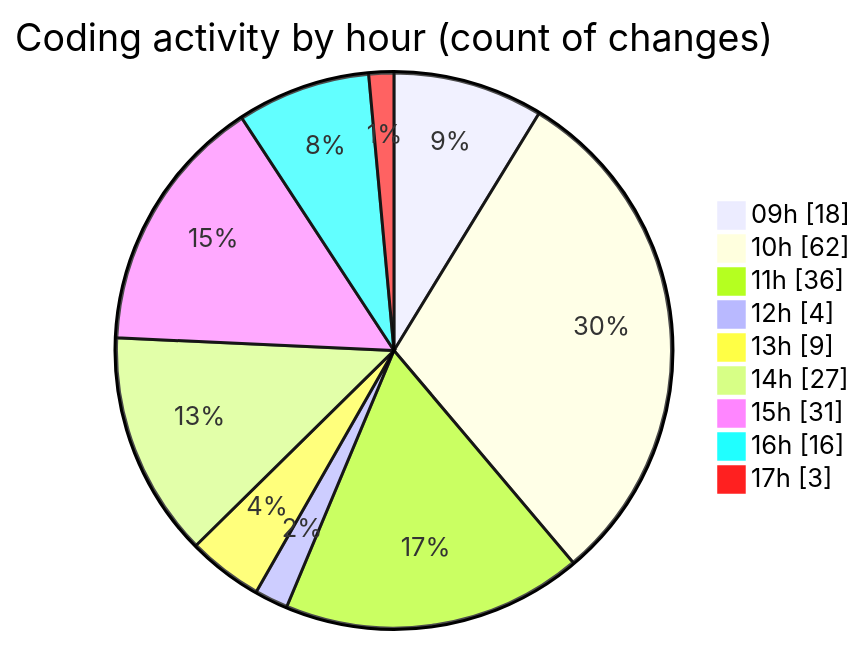
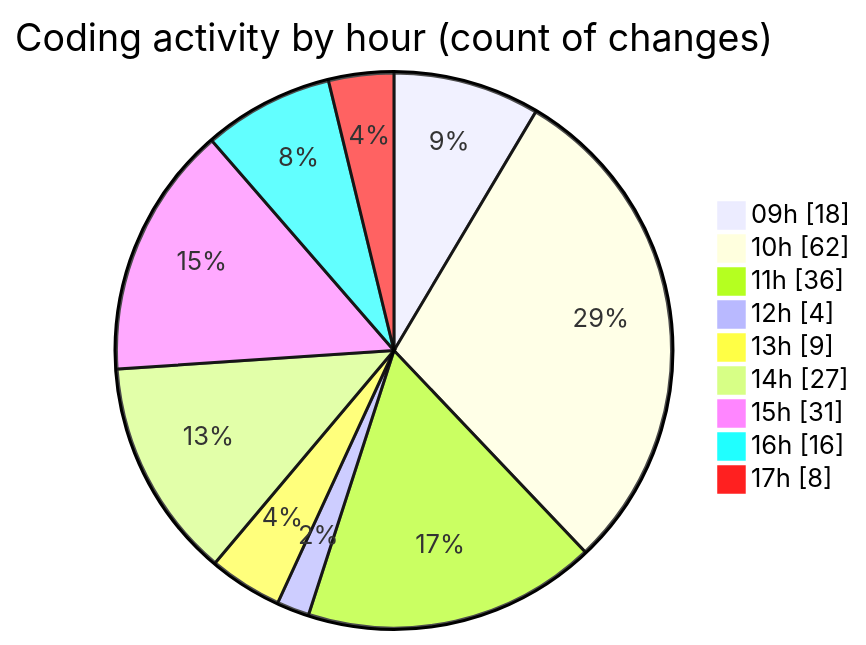
The second of 2 diagrams in 2025-07-01/cda/README.md (momahboobian/code-tracking), drawn with Mermaid before and after one commit. The commit also changed other lines of this file and 1 other file, not shown here.

````diff
--- a/2025-07-01/cda/README.md
+++ b/2025-07-01/cda/README.md
@@ -53,13 +53,13 @@
 ```mermaid
 pie showData
 title Coding activity by hour (count of changes)
 "09h" : 18
 "10h" : 62
 "11h" : 36
 "12h" : 4
 "13h" : 9
 "14h" : 27
 "15h" : 31
 "16h" : 16
-"17h" : 3
+"17h" : 8
 ```
````
